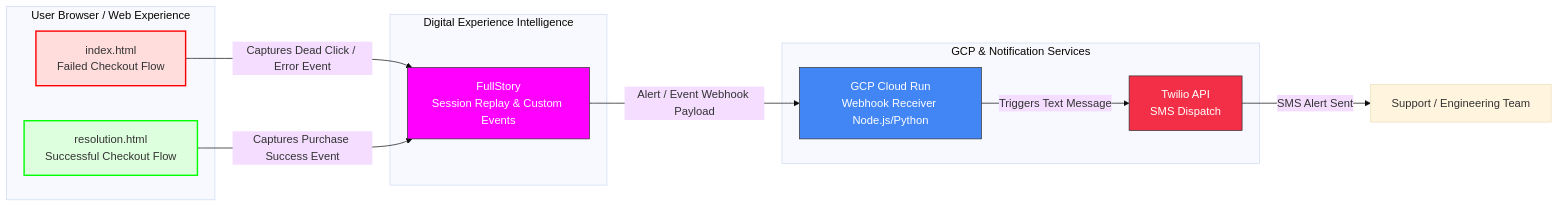
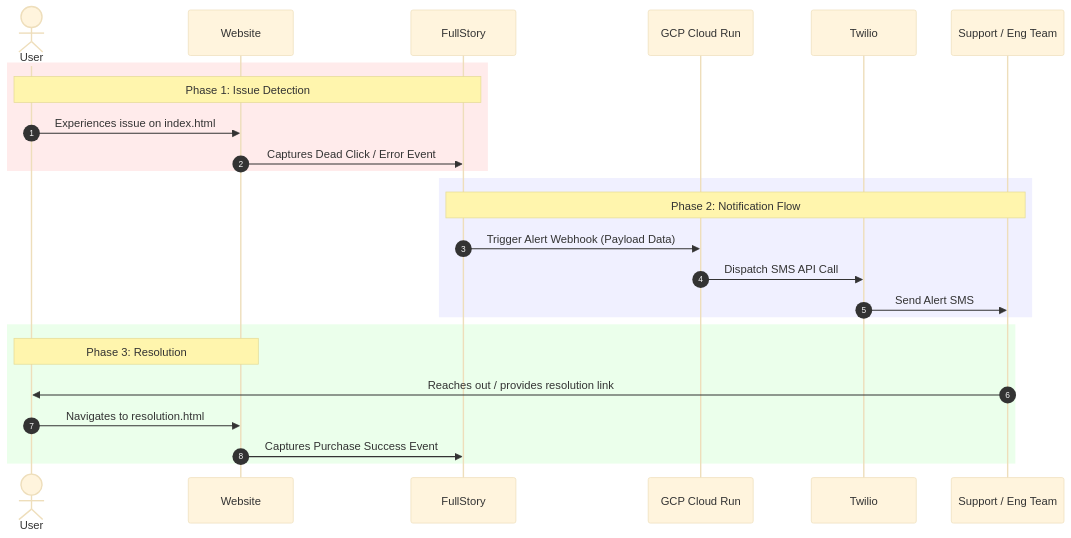
Before and after one commit to Jorge-Cano/abandon-cart: the diagram in README.md, drawn with Mermaid (base theme).

Commit message:
Update README.md
sequence configuration

````diff
--- a/README.md
+++ b/README.md
@@ -4,33 +4,33 @@
 ```mermaid
-flowchart LR
-    %% Frontend Experience
-    subgraph Frontend [User Browser / Web Experience]
-        A["index.html<br/>Failed Checkout Flow"]
-        B["resolution.html<br/>Successful Checkout Flow"]
+sequenceDiagram
+    autonumber
+    actor User
+    participant Web as Website
+    participant FS as FullStory
+    participant CR as GCP Cloud Run
+    participant TW as Twilio
+    participant Support as Support / Eng Team
+
+    %% Step 1: Error Capture
+    rect rgb(255, 235, 235)
+        Note over User, FS: Phase 1: Issue Detection
+        User->>Web: Experiences issue on index.html
+        Web->>FS: Captures Dead Click / Error Event
     end
 
-    %% Observability & Digital Experience Intelligence
-    subgraph Capture [Digital Experience Intelligence]
-        FS["FullStory<br/>Session Replay & Custom Events"]
+    %% Step 2: Automation & Alert
+    rect rgb(240, 240, 255)
+        Note over FS, Support: Phase 2: Notification Flow
+        FS->>CR: Trigger Alert Webhook (Payload Data)
+        CR->>TW: Dispatch SMS API Call
+        TW->>Support: Send Alert SMS
     end
 
-    %% Backend Automation & Messaging
-    subgraph Infrastructure [GCP & Notification Services]
-        CR["GCP Cloud Run<br/>Webhook Receiver Node.js/Python"]
-        TW["Twilio API<br/>SMS Dispatch"]
+    %% Step 3: Resolution Flow
+    rect rgb(235, 255, 235)
+        Note over User, Web: Phase 3: Resolution
+        Support->>User: Reaches out / provides resolution link
+        User->>Web: Navigates to resolution.html
+        Web->>FS: Captures Purchase Success Event
     end
-
-    %% Interactions
-    A -- "Captures Dead Click / Error Event" --> FS
-    B -- "Captures Purchase Success Event" --> FS
-    FS -- "Alert / Event Webhook Payload" --> CR
-    CR -- "Triggers Text Message" --> TW
-    TW -- "SMS Alert Sent" --> Support["Support / Engineering Team"]
-
-    %% Styling
-    style A fill:#ffdddd,stroke:#f00,stroke-width:2px
-    style B fill:#ddffdd,stroke:#0f0,stroke-width:2px
-    style FS fill:#f0f,stroke:#333,stroke-width:1px,color:#fff
-    style CR fill:#4285F4,stroke:#333,stroke-width:1px,color:#fff
-    style TW fill:#F22F46,stroke:#333,stroke-width:1px,color:#fff
 ```
````
